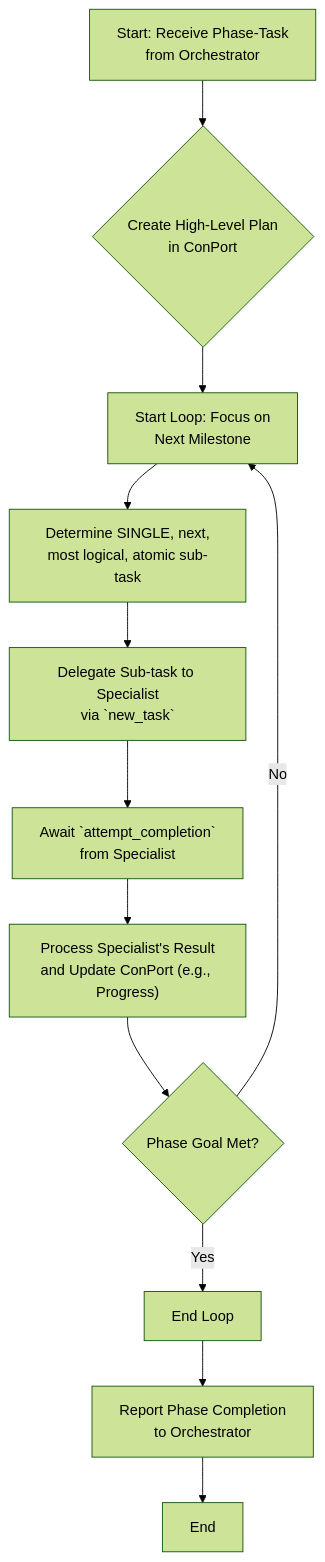
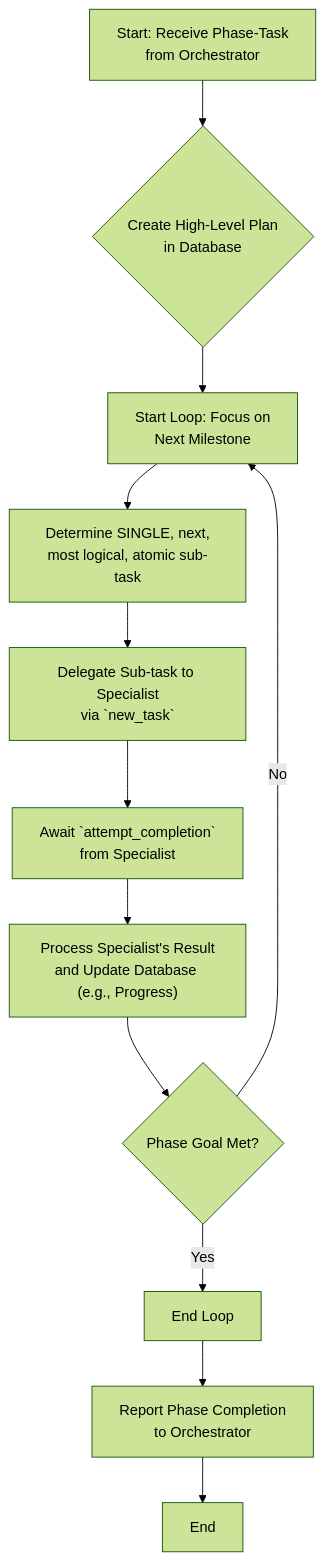
One commit to Siroopfles/NovaPort changed the fourth of 7 diagrams in NOVA_SYSTEM_ARCHITECTURE.md. Above: the diagram before and after it, drawn with Mermaid (forest theme). The commit also changed other lines of this file and 46 other files, not shown here.

````diff
--- a/NOVA_SYSTEM_ARCHITECTURE.md
+++ b/NOVA_SYSTEM_ARCHITECTURE.md
@@ -159,14 +154,14 @@
 ```mermaid
 flowchart TD
-    A["Start: Receive Phase-Task<br/>from Orchestrator"] --> B{"Create High-Level Plan<br/>in ConPort"};
+    A["Start: Receive Phase-Task<br/>from Orchestrator"] --> B{"Create High-Level Plan<br/>in Database"};
     B --> C["Start Loop: Focus on<br/>Next Milestone"];
     C --> D["Determine SINGLE, next,<br/>most logical, atomic sub-task"];
     D --> E["Delegate Sub-task to Specialist<br/>via `new_task`"];
     E --> F["Await `attempt_completion`<br/>from Specialist"];
-    F --> G["Process Specialist's Result<br/>and Update ConPort (e.g., Progress)"];
+    F --> G["Process Specialist's Result<br/>and Update Database (e.g., Progress)"];
     G --> H{Phase Goal Met?};
     H -- No --> C;
     H -- Yes --> I[End Loop];
     I --> J["Report Phase Completion<br/>to Orchestrator"];
     J --> K[End];
 ```
````
